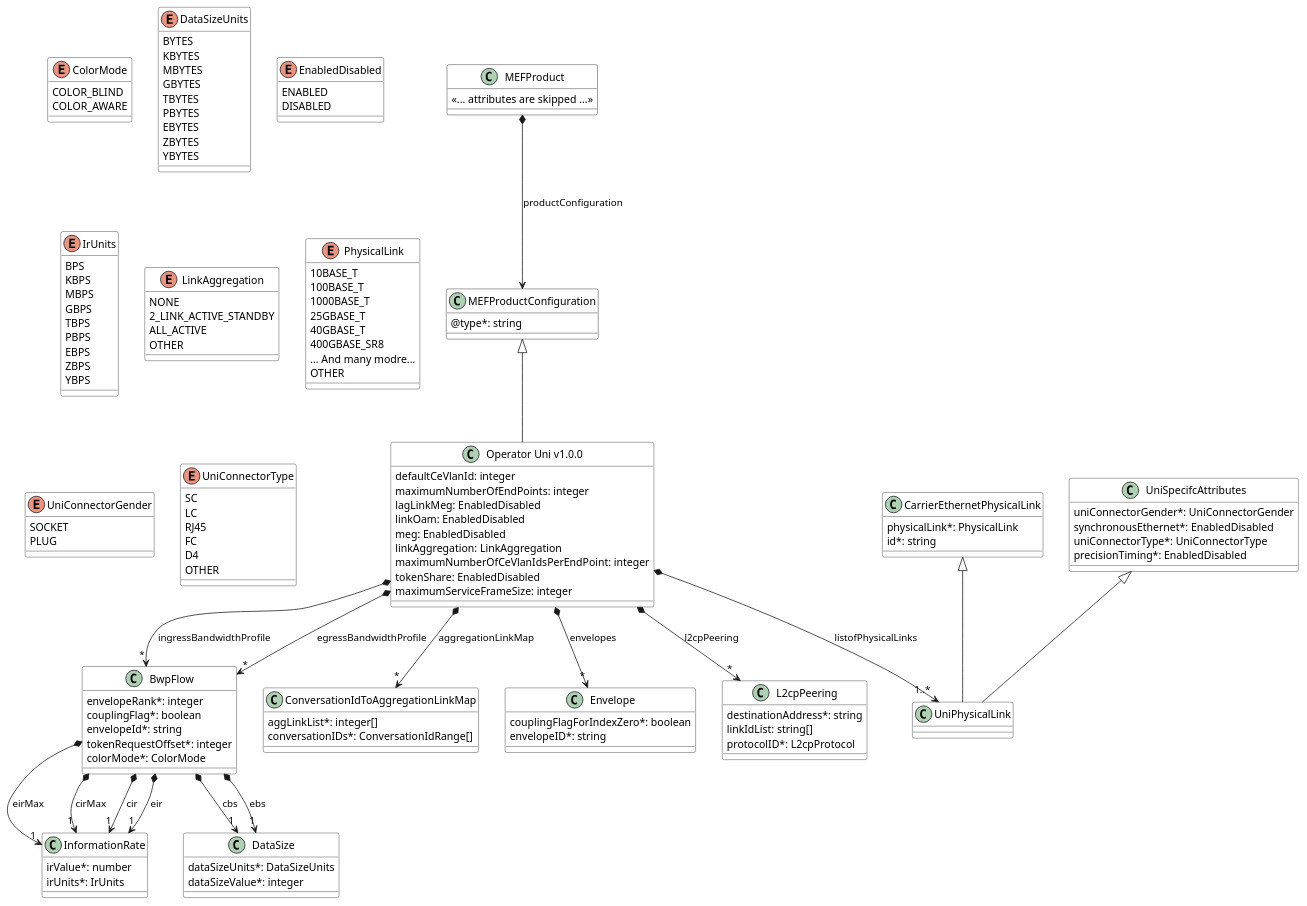
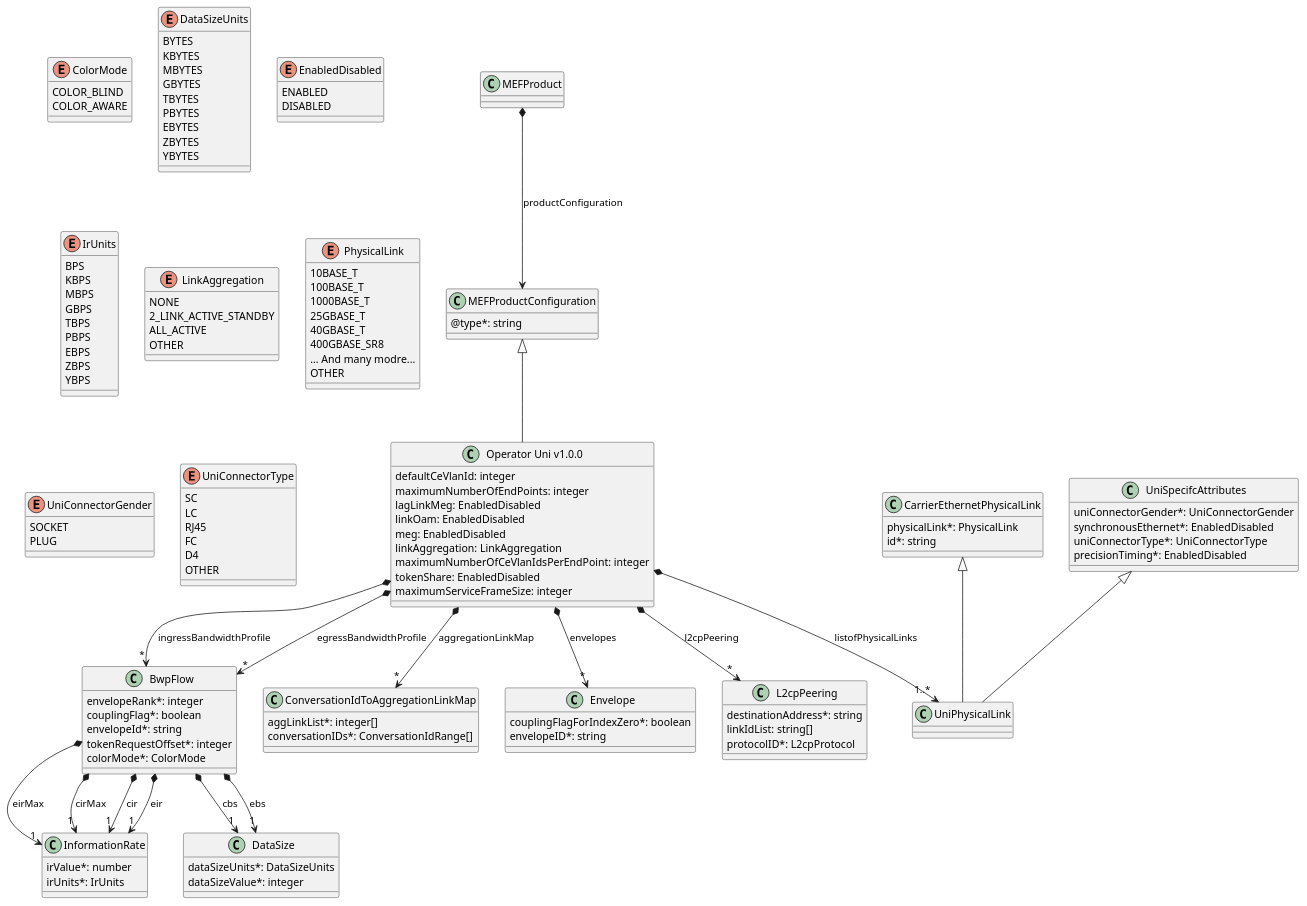
The diagram in documentation/productApi/inventory/media/src/product_spec_UNI.puml (MEF-GIT/MEF-LSO-Sonata-SDK), drawn with PlantUML before and after one commit. The commit also changed 456 other files, not shown here.

```diff
--- a/documentation/productApi/inventory/media/src/product_spec_UNI.puml
+++ b/documentation/productApi/inventory/media/src/product_spec_UNI.puml
@@ -1,195 +1,194 @@
 @startuml
 skinparam {
-    ClassBackgroundColor White
     ClassBorderColor<<API>> Black
 }
 
 hide  <<API>> stereotype
 
 class MEFProduct<<API>> {
-    <<... attributes are skipped ...>>
+
 }
-
 
 class MEFProductConfiguration<<API>> {
 
     @type*: string 
 }
 
 MEFProduct *--> MEFProductConfiguration : productConfiguration
+
 
 
 class BwpFlow {
 
     envelopeRank*: integer 
     couplingFlag*: boolean 
     envelopeId*: string 
     tokenRequestOffset*: integer 
     colorMode*: ColorMode 
 }
 
 BwpFlow *-->"1" InformationRate : eirMax
 BwpFlow *-->"1" InformationRate : cirMax
 BwpFlow *-->"1" DataSize : cbs
 BwpFlow *-->"1" DataSize : ebs
 BwpFlow *-->"1" InformationRate : cir
 BwpFlow *-->"1" InformationRate : eir
 
 
 class CarrierEthernetPhysicalLink {
 
     physicalLink*: PhysicalLink 
     id*: string 
 }
 
 
 
 enum ColorMode {
 
     COLOR_BLIND
     COLOR_AWARE
 }
 
 
 class ConversationIdToAggregationLinkMap {
 
     aggLinkList*: integer[] 
     conversationIDs*: ConversationIdRange[]
 }
 
 
 class DataSize {
 
     dataSizeUnits*: DataSizeUnits 
     dataSizeValue*: integer 
 }
 
 
 
 enum DataSizeUnits {
 
     BYTES
     KBYTES
     MBYTES
     GBYTES
     TBYTES
     PBYTES
     EBYTES
     ZBYTES
     YBYTES
 }
 enum EnabledDisabled {
 
     ENABLED
     DISABLED
 }
 class Envelope {
 
     couplingFlagForIndexZero*: boolean 
     envelopeID*: string 
 }
 
 
 
 class InformationRate {
 
     irValue*: number 
     irUnits*: IrUnits 
 }
 
 
 
 enum IrUnits {
 
     BPS
     KBPS
     MBPS
     GBPS
     TBPS
     PBPS
     EBPS
     ZBPS
     YBPS
 }
 class L2cpPeering {
 
     destinationAddress*: string 
     linkIdList: string[] 
     protocolID*: L2cpProtocol
 }
 
 enum LinkAggregation {
 
     NONE
     2_LINK_ACTIVE_STANDBY
     ALL_ACTIVE
     OTHER
 }
 
 
 class OperatorUni as "Operator Uni v1.0.0" {
 
     defaultCeVlanId: integer 
     maximumNumberOfEndPoints: integer 
     lagLinkMeg: EnabledDisabled 
     linkOam: EnabledDisabled 
     meg: EnabledDisabled 
     linkAggregation: LinkAggregation 
     maximumNumberOfCeVlanIdsPerEndPoint: integer 
     tokenShare: EnabledDisabled 
     maximumServiceFrameSize: integer 
 }
 MEFProductConfiguration <|-- OperatorUni
 
 OperatorUni *-->"*" ConversationIdToAggregationLinkMap : aggregationLinkMap
 OperatorUni *-->"*" BwpFlow : ingressBandwidthProfile
 OperatorUni *-->"1..*" UniPhysicalLink : listofPhysicalLinks
 OperatorUni *-->"*" BwpFlow : egressBandwidthProfile
 OperatorUni *-->"*" L2cpPeering : l2cpPeering
 OperatorUni *-->"*" Envelope : envelopes
 
 
 enum PhysicalLink {
 
     10BASE_T
     100BASE_T
     1000BASE_T
     25GBASE_T
     40GBASE_T
     400GBASE_SR8
     ... And many modre...
     OTHER
 }
 enum UniConnectorGender {
 
     SOCKET
     PLUG
 }
 enum UniConnectorType {
 
     SC
     LC
     RJ45
     FC
     D4
     OTHER
 }
 class UniPhysicalLink {
 
 }
 CarrierEthernetPhysicalLink <|-- UniPhysicalLink
 UniSpecifcAttributes <|-- UniPhysicalLink
 
 
 
 class UniSpecifcAttributes {
 
     uniConnectorGender*: UniConnectorGender 
     synchronousEthernet*: EnabledDisabled 
     uniConnectorType*: UniConnectorType 
     precisionTiming*: EnabledDisabled 
 }
 
 
 
 @enduml
```
